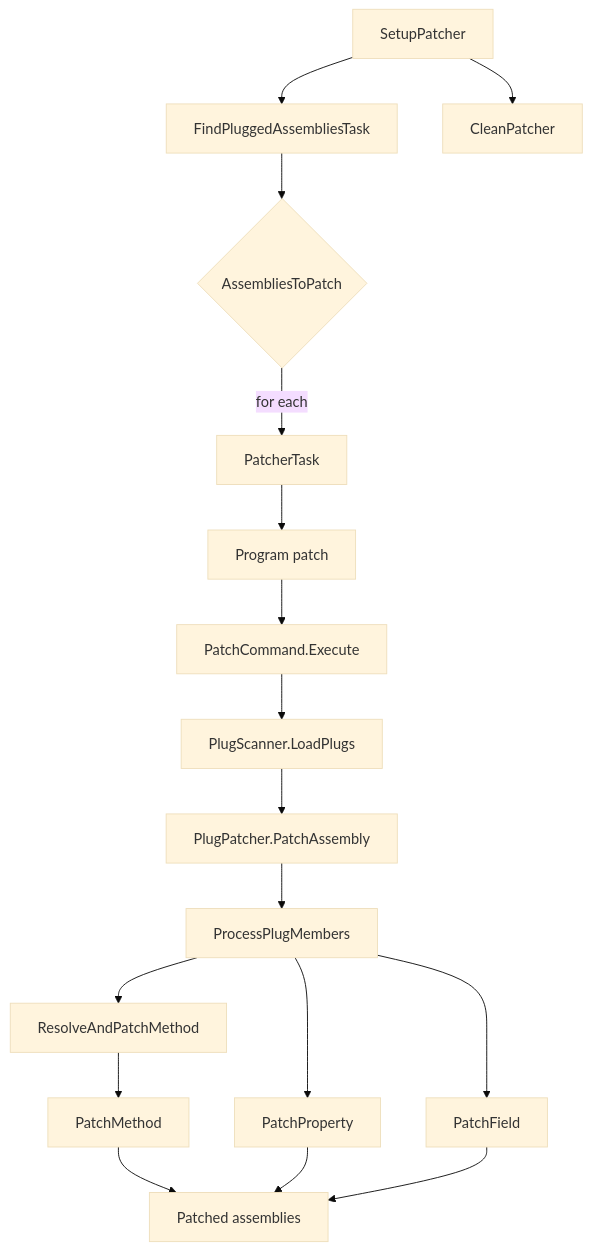
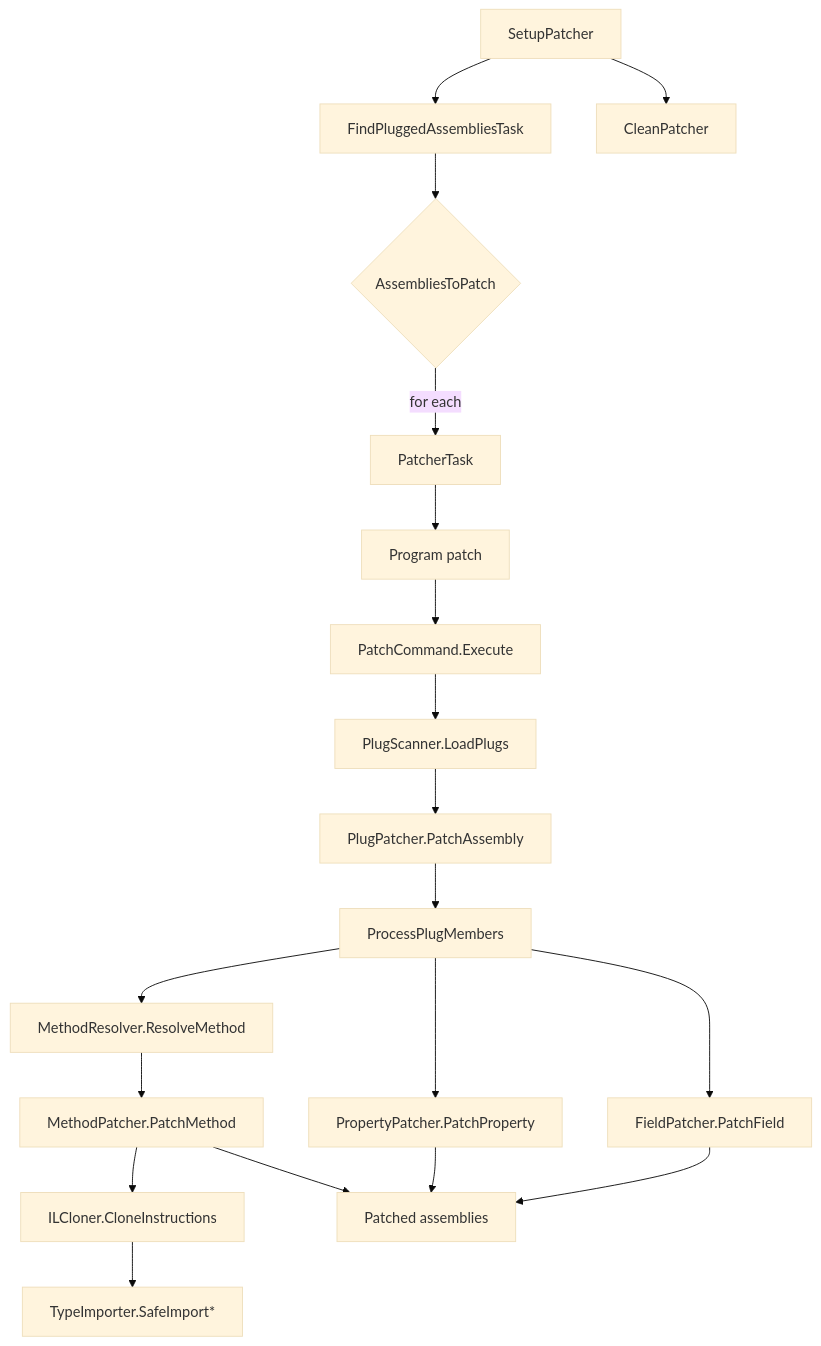
One commit to valentinbreiz/nativeaot-patcher changed the diagram in docs/articles/build/patcher-build.md. Above: the diagram before and after it, drawn with Mermaid (base theme). The commit also changed other lines of this file, not shown here.

Commit message:
📝 Update cosmos.patcher doc

````diff
--- a/docs/articles/build/patcher-build.md
+++ b/docs/articles/build/patcher-build.md
@@ -9,19 +32,21 @@
 ```mermaid
 flowchart TD
     A[SetupPatcher] --> B[FindPluggedAssembliesTask]
     B --> C{AssembliesToPatch}
     C -->|for each| D[PatcherTask]
     D --> E[Program patch]
     E --> F[PatchCommand.Execute]
     F --> G[PlugScanner.LoadPlugs]
     G --> H[PlugPatcher.PatchAssembly]
     H --> I[ProcessPlugMembers]
-    I --> J[ResolveAndPatchMethod]
-    J --> K[PatchMethod]
-    I --> L[PatchProperty]
-    I --> M[PatchField]
-    K --> N[Patched assemblies]
-    L --> N
-    M --> N
+    I --> J[MethodResolver.ResolveMethod]
+    J --> K[MethodPatcher.PatchMethod]
+    K --> L[ILCloner.CloneInstructions]
+    L --> M[TypeImporter.SafeImport*]
+    I --> N[PropertyPatcher.PatchProperty]
+    I --> O[FieldPatcher.PatchField]
+    K --> P[Patched assemblies]
+    N --> P
+    O --> P
     A --> X[CleanPatcher]
 ```
````
